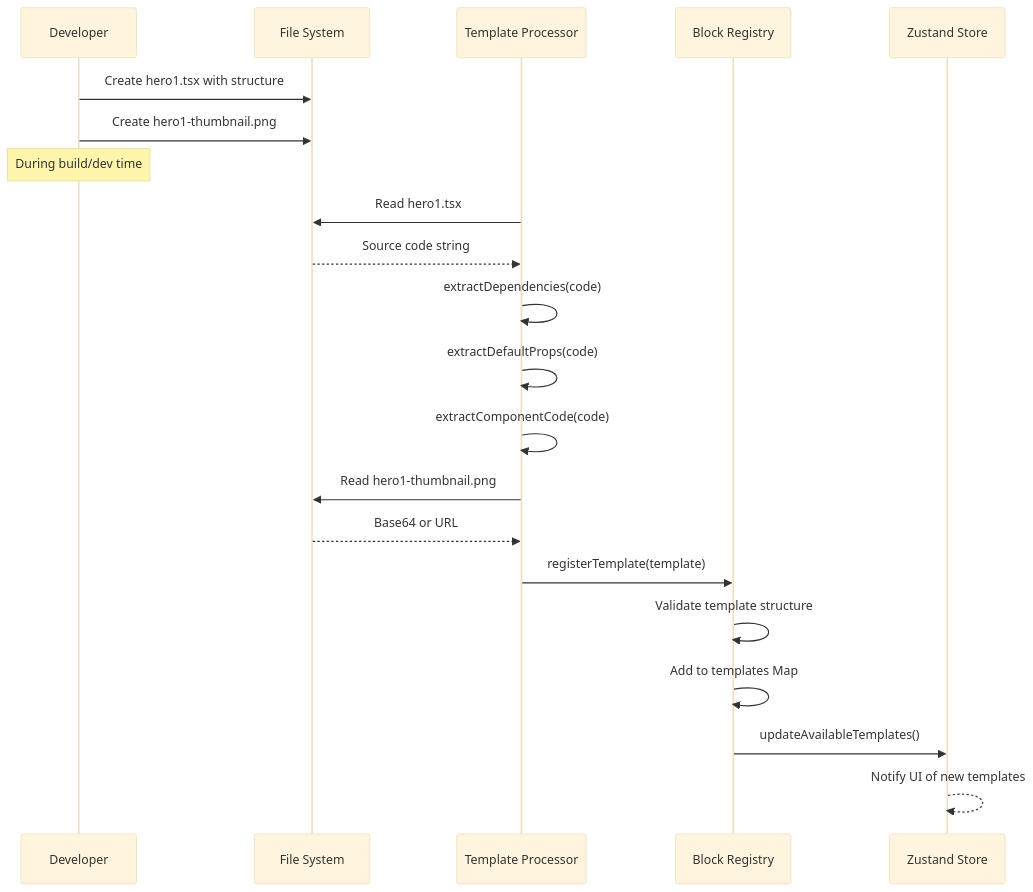
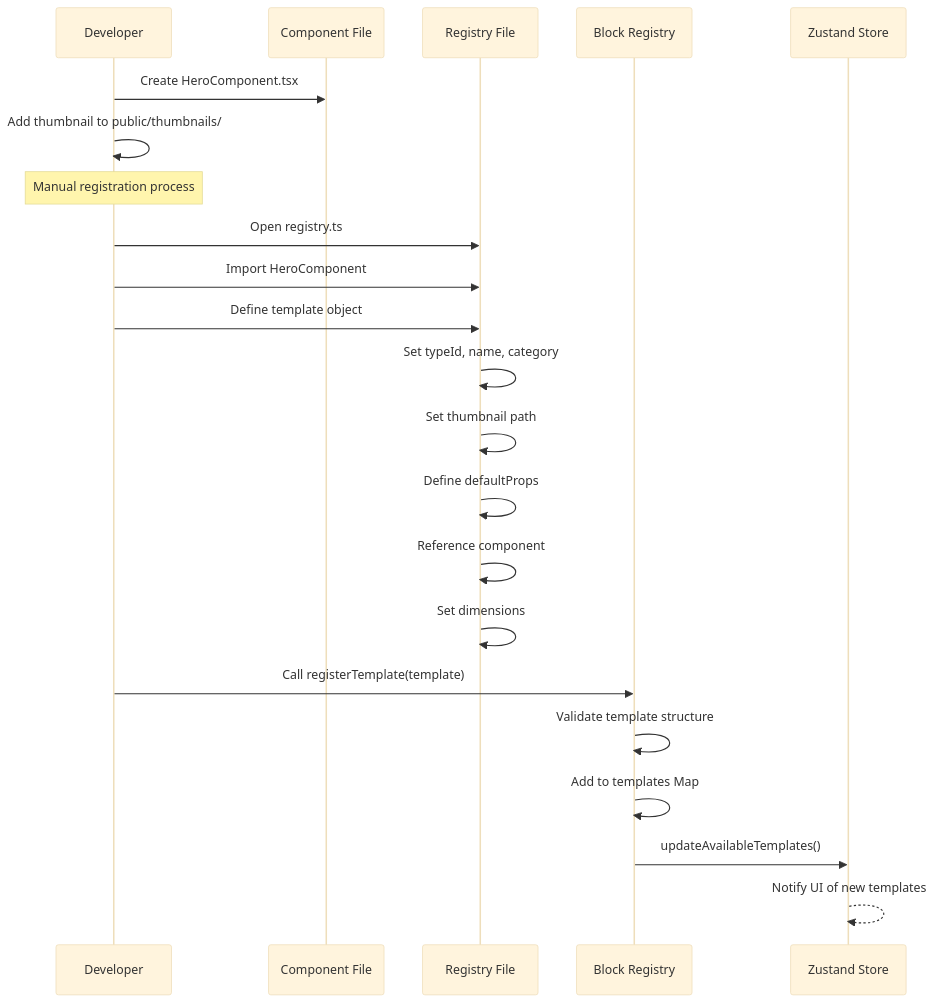
One commit to litkeys/DraftCN changed the fifth of 5 diagrams in docs/architecture/core-workflows.md. Above: the diagram before and after it, drawn with Mermaid (base theme). The commit also changed other lines of this file and 33 other files, not shown here.

````diff
--- a/docs/architecture/core-workflows.md
+++ b/docs/architecture/core-workflows.md
@@ -144,29 +144,28 @@
 ```mermaid
 sequenceDiagram
     participant Dev as Developer
-    participant FS as File System
-    participant Processor as Template Processor
+    participant Comp as Component File
+    participant Reg as Registry File
     participant Registry as Block Registry
     participant Store as Zustand Store
 
-    Dev->>FS: Create hero1.tsx with structure
-    Dev->>FS: Create hero1-thumbnail.png
+    Dev->>Comp: Create HeroComponent.tsx
+    Dev->>Dev: Add thumbnail to public/thumbnails/
     
-    Note over Dev: During build/dev time
+    Note over Dev: Manual registration process
     
-    Processor->>FS: Read hero1.tsx
-    FS-->>Processor: Source code string
+    Dev->>Reg: Open registry.ts
+    Dev->>Reg: Import HeroComponent
+    Dev->>Reg: Define template object
+    Reg->>Reg: Set typeId, name, category
+    Reg->>Reg: Set thumbnail path
+    Reg->>Reg: Define defaultProps
+    Reg->>Reg: Reference component
+    Reg->>Reg: Set dimensions
     
-    Processor->>Processor: extractDependencies(code)
-    Processor->>Processor: extractDefaultProps(code)
-    Processor->>Processor: extractComponentCode(code)
-    
-    Processor->>FS: Read hero1-thumbnail.png
-    FS-->>Processor: Base64 or URL
-    
-    Processor->>Registry: registerTemplate(template)
+    Dev->>Registry: Call registerTemplate(template)
     Registry->>Registry: Validate template structure
     Registry->>Registry: Add to templates Map
     Registry->>Store: updateAvailableTemplates()
     Store-->>Store: Notify UI of new templates
 ```
````
